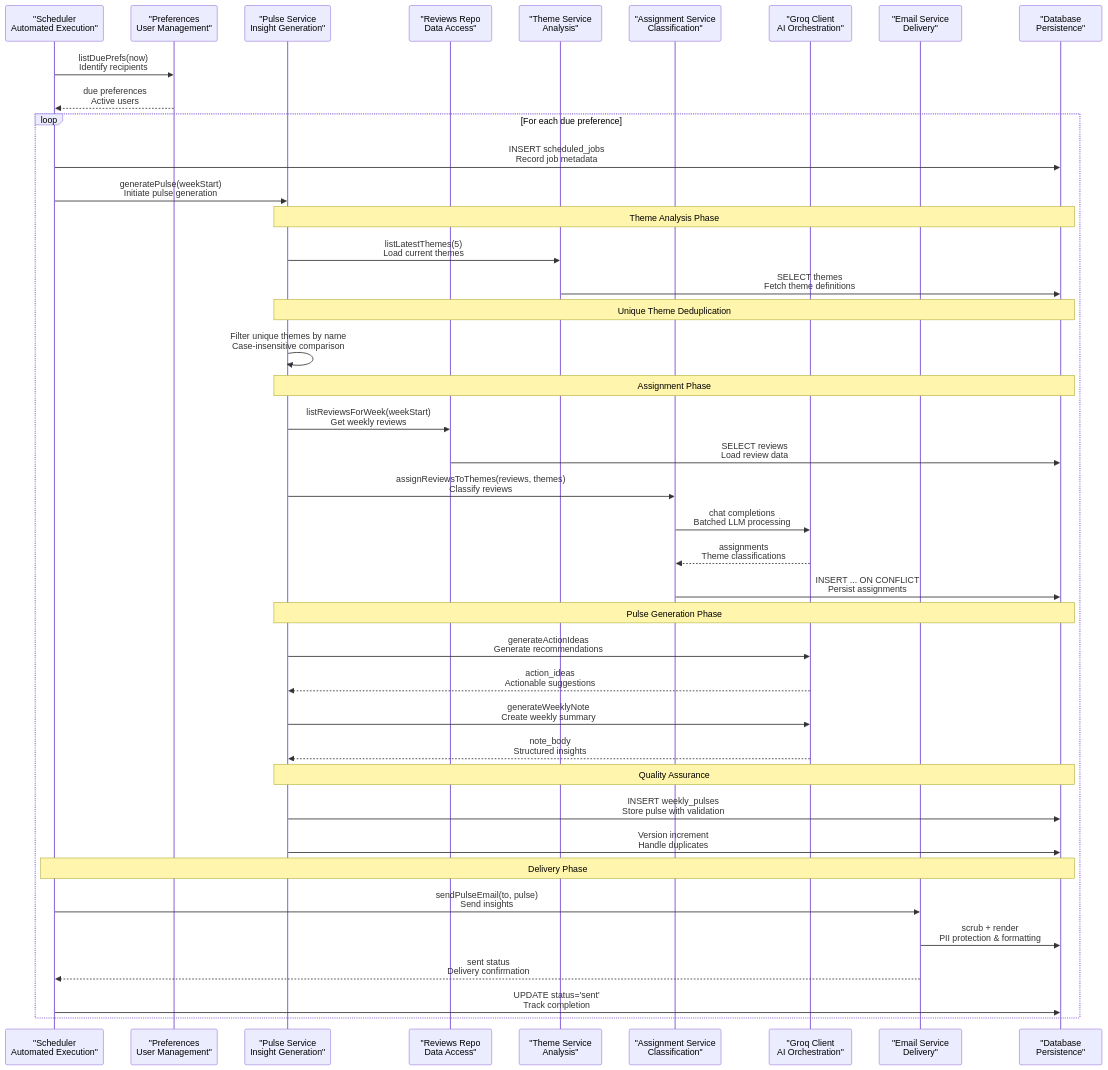
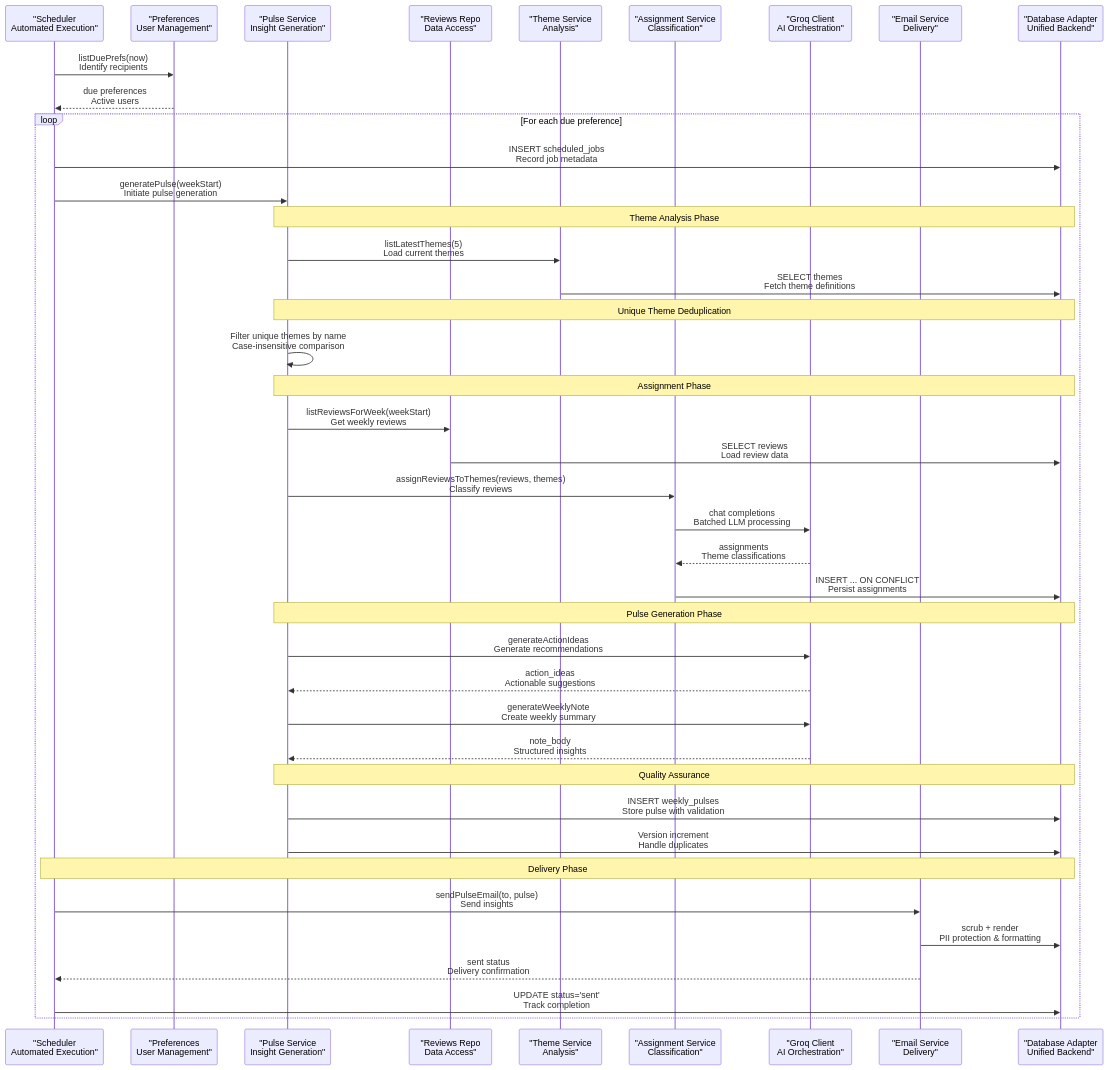
Before and after one commit to aravinthraj-ramalingam/Groww-App-Review-Insights-Analyzer-: the second of 13 diagrams in .qoder/repowiki/en/content/Phase 2_ Advanced Analytics & Automation/Weekly Pulse Generation.md, drawn with Mermaid. The commit also changed other lines of this file and 10 other files, not shown here.

````diff
--- a/.qoder/repowiki/en/content/Phase 2_ Advanced Analytics & Automation/Weekly Pulse Generation.md
+++ b/.qoder/repowiki/en/content/Phase 2_ Advanced Analytics & Automation/Weekly Pulse Generation.md
@@ -163,43 +177,43 @@
 ```mermaid
 sequenceDiagram
 participant Cron as "Scheduler<br/>Automated Execution"
 participant Pref as "Preferences<br/>User Management"
 participant Gen as "Pulse Service<br/>Insight Generation"
 participant Repo as "Reviews Repo<br/>Data Access"
 participant Theme as "Theme Service<br/>Analysis"
 participant Assign as "Assignment Service<br/>Classification"
 participant LLM as "Groq Client<br/>AI Orchestration"
 participant Mail as "Email Service<br/>Delivery"
-participant DB as "Database<br/>Persistence"
+participant DB as "Database Adapter<br/>Unified Backend"
 Cron->>Pref : listDuePrefs(now)<br/>Identify recipients
 Pref-->>Cron : due preferences<br/>Active users
 loop For each due preference
 Cron->>DB : INSERT scheduled_jobs<br/>Record job metadata
 Cron->>Gen : generatePulse(weekStart)<br/>Initiate pulse generation
 Note over Gen,DB : Theme Analysis Phase
 Gen->>Theme : listLatestThemes(5)<br/>Load current themes
 Theme->>DB : SELECT themes<br/>Fetch theme definitions
 Note over Gen,DB : Unique Theme Deduplication
 Gen->>Gen : Filter unique themes by name<br/>Case-insensitive comparison
 Note over Gen,DB : Assignment Phase
 Gen->>Repo : listReviewsForWeek(weekStart)<br/>Get weekly reviews
 Repo->>DB : SELECT reviews<br/>Load review data
 Gen->>Assign : assignReviewsToThemes(reviews, themes)<br/>Classify reviews
 Assign->>LLM : chat completions<br/>Batched LLM processing
 LLM-->>Assign : assignments<br/>Theme classifications
 Assign->>DB : INSERT ... ON CONFLICT<br/>Persist assignments
 Note over Gen,DB : Pulse Generation Phase
 Gen->>LLM : generateActionIdeas<br/>Generate recommendations
 LLM-->>Gen : action_ideas<br/>Actionable suggestions
 Gen->>LLM : generateWeeklyNote<br/>Create weekly summary
 LLM-->>Gen : note_body<br/>Structured insights
 Note over Gen,DB : Quality Assurance
 Gen->>DB : INSERT weekly_pulses<br/>Store pulse with validation
 Gen->>DB : Version increment<br/>Handle duplicates
 Note over Cron,DB : Delivery Phase
 Cron->>Mail : sendPulseEmail(to, pulse)<br/>Send insights
 Mail->>DB : scrub + render<br/>PII protection & formatting
 Mail-->>Cron : sent status<br/>Delivery confirmation
 Cron->>DB : UPDATE status='sent'<br/>Track completion
 end
 ```
````
